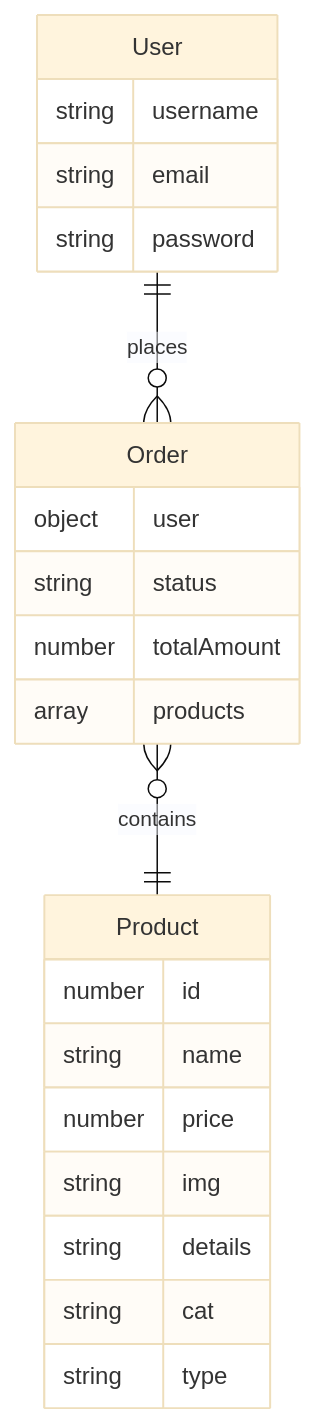
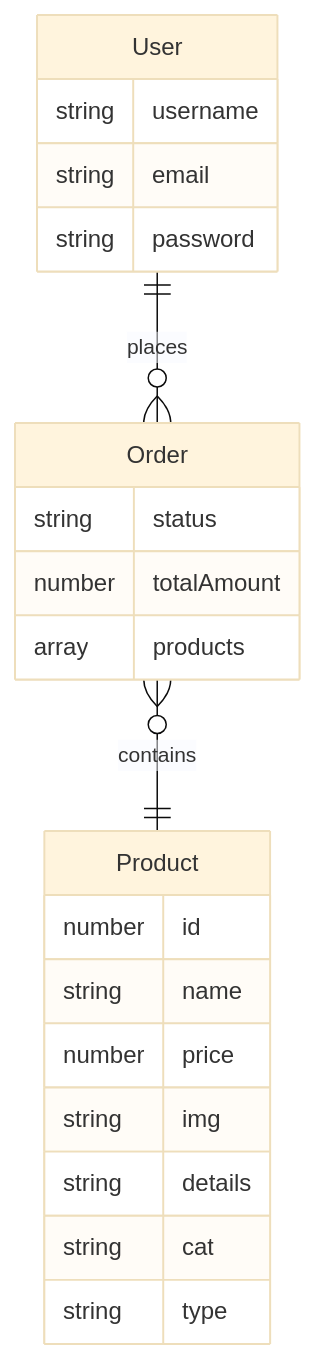
Before and after one commit to AlshimaaAhmed-374/CozaStore-E-commerce-Website: the second of 3 diagrams in Docs/Documentation.md, drawn with Mermaid (base theme). The commit also changed other lines of this file, not shown here.

Commit message:
Added the Database schema and its doc

````diff
--- a/Docs/Documentation.md
+++ b/Docs/Documentation.md
@@ -275,28 +274,27 @@
 ```mermaid
 erDiagram
     User ||--o{ Order : places
     Order }o--|| Product : contains
 
     User {
       string username
       string email
       string password
     }
 
     Product {
       number id
       string name
       number price
       string img
       string details
       string cat
       string type
     }
 
     Order {
-      object user
       string status
       number totalAmount
       array products
     }
 ```
````
